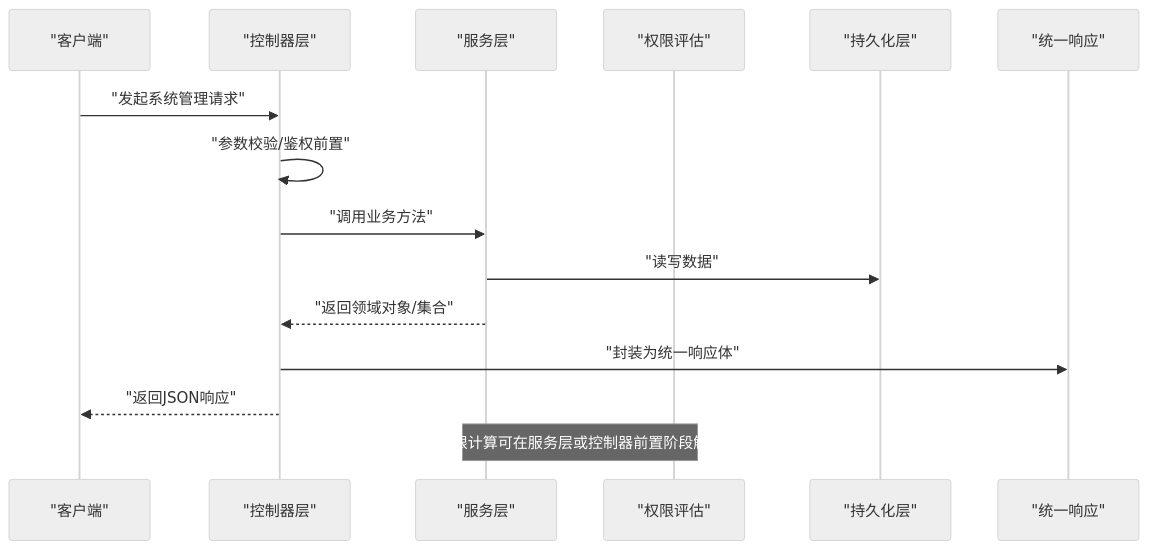
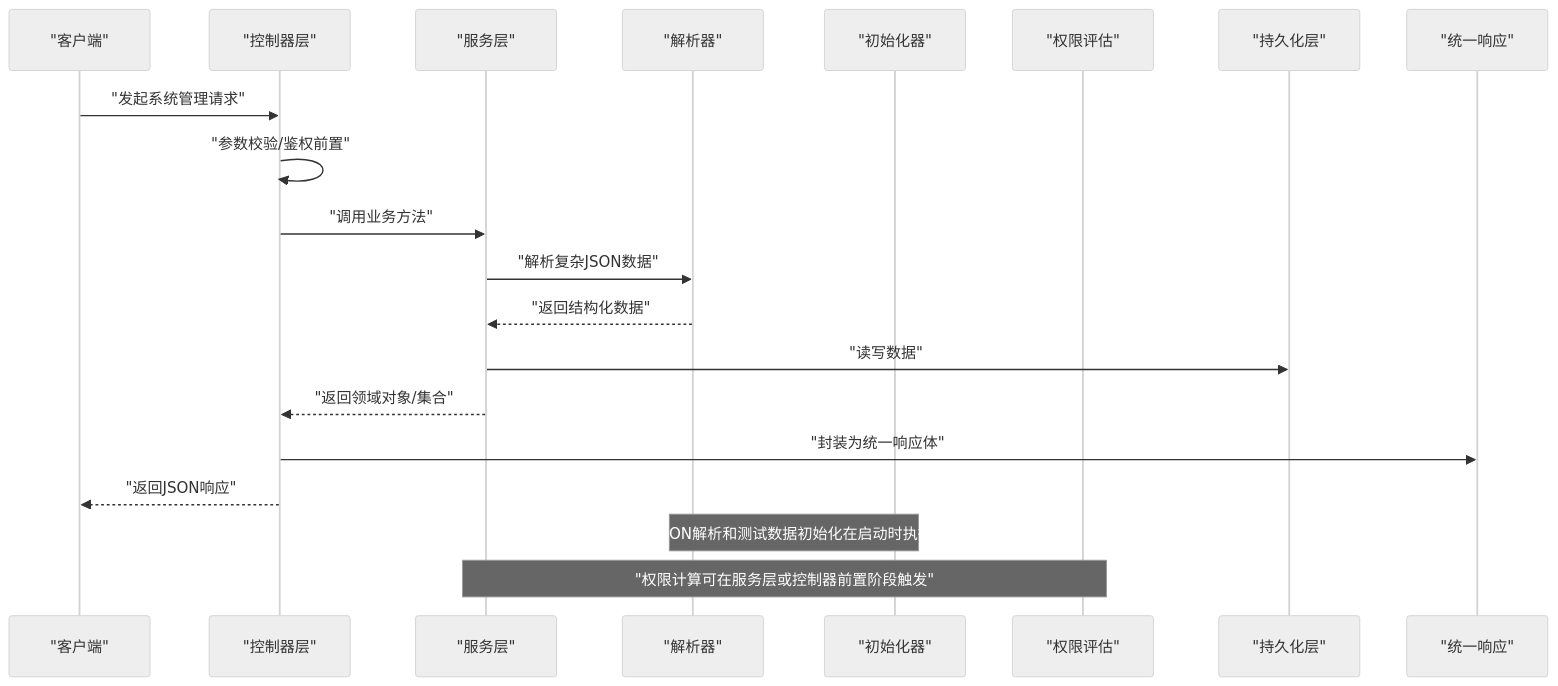
One commit to liming-lihaini/workflow changed the second of 4 diagrams in .qoder/repowiki/zh/content/API接口文档/系统管理API.md. Above: the diagram before and after it, drawn with Mermaid (neutral theme). The commit also changed other lines of this file and 25 other files, not shown here.

````diff
--- a/.qoder/repowiki/zh/content/API接口文档/系统管理API.md
+++ b/.qoder/repowiki/zh/content/API接口文档/系统管理API.md
@@ -192,17 +221,22 @@
 ```mermaid
 sequenceDiagram
 participant Client as "客户端"
 participant Controller as "控制器层"
 participant Service as "服务层"
+participant Parser as "解析器"
+participant Init as "初始化器"
 participant Eval as "权限评估"
 participant DB as "持久化层"
 participant Result as "统一响应"
 Client->>Controller : "发起系统管理请求"
 Controller->>Controller : "参数校验/鉴权前置"
 Controller->>Service : "调用业务方法"
+Service->>Parser : "解析复杂JSON数据"
+Parser-->>Service : "返回结构化数据"
 Service->>DB : "读写数据"
 Service-->>Controller : "返回领域对象/集合"
 Controller->>Result : "封装为统一响应体"
 Controller-->>Client : "返回JSON响应"
+Note over Parser,Init : "JSON解析和测试数据初始化在启动时执行"
 Note over Eval,Service : "权限计算可在服务层或控制器前置阶段触发"
 ```
````
